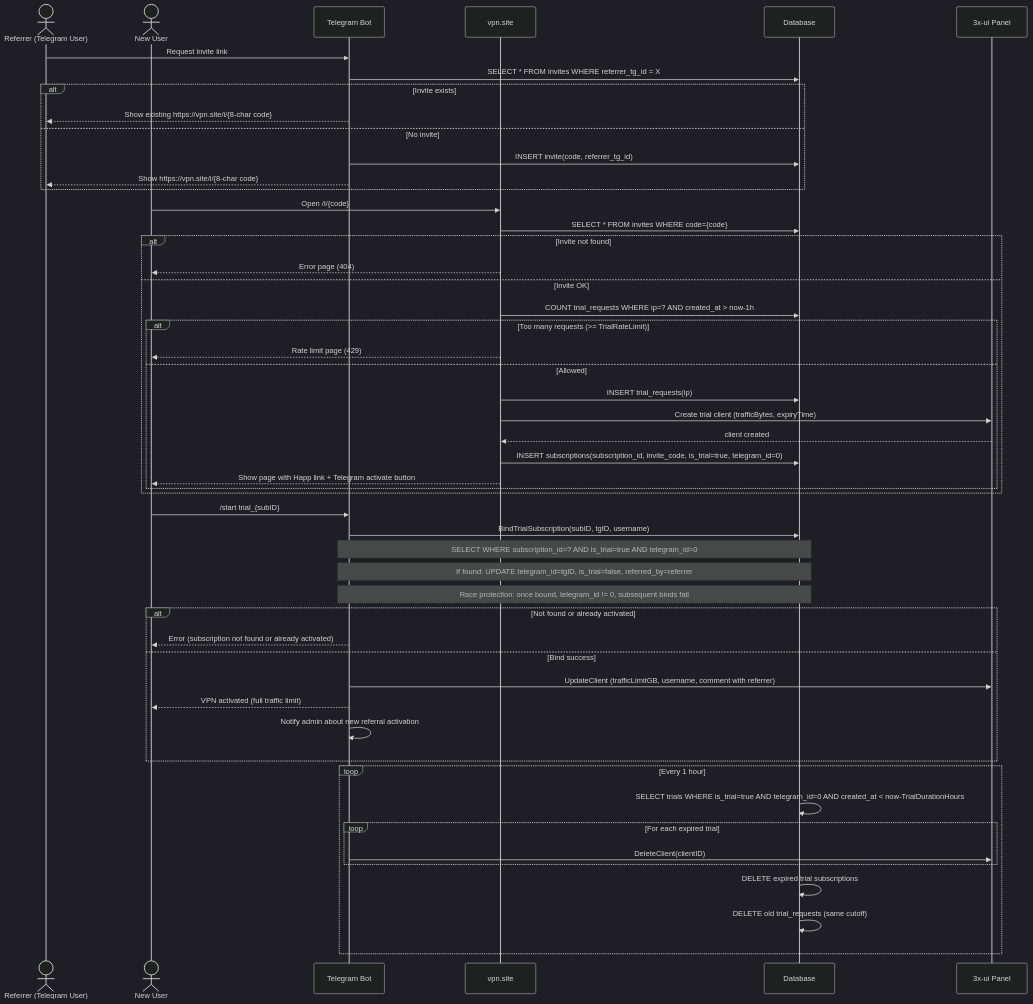
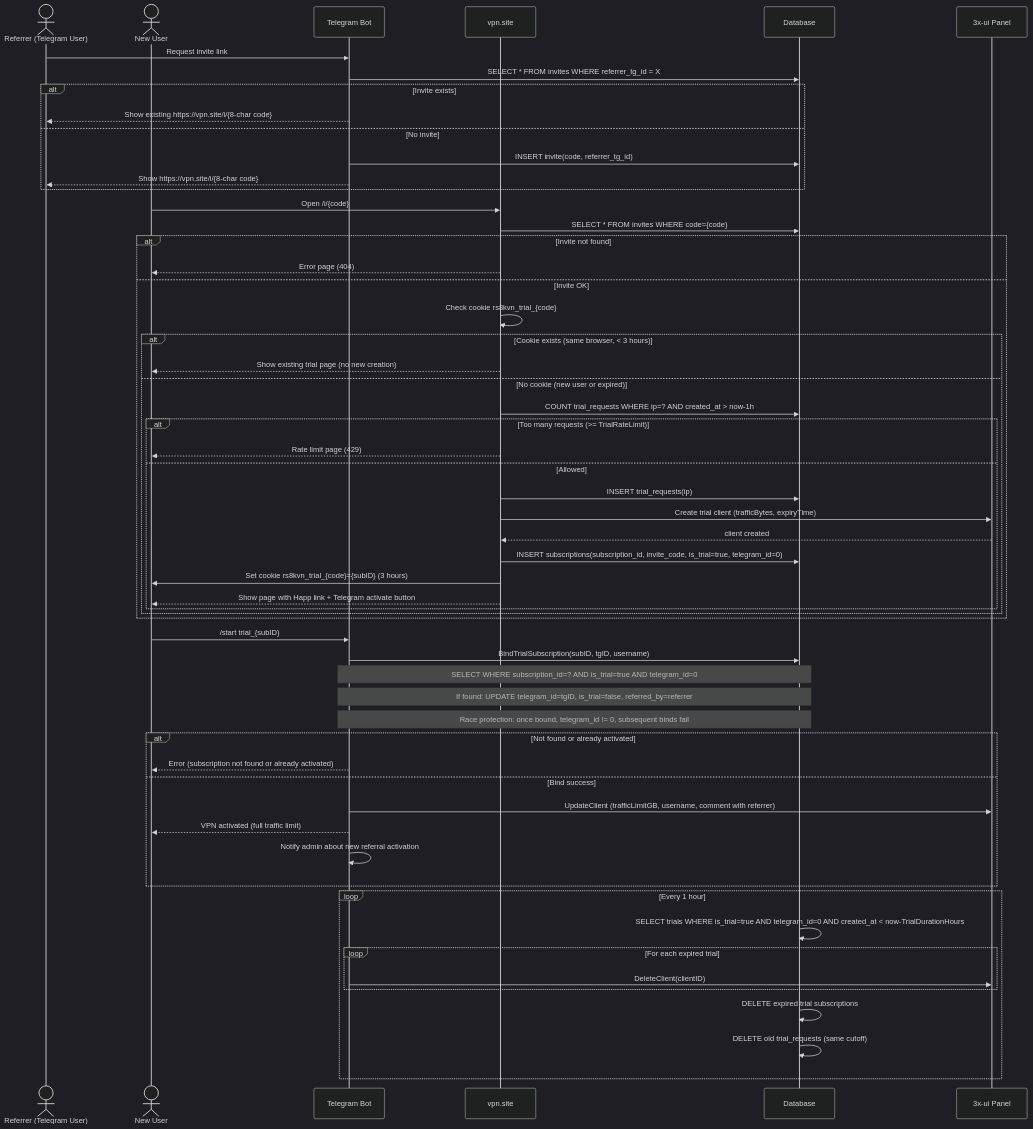
The first of 3 diagrams in doc/share-and-referral.md (kereal/rs8kvn_bot), drawn with Mermaid (dark theme) before and after one commit. The commit also changed other lines of this file and 2 other files, not shown here.

First line of the commit message:
docs: update share-and-referral.md with cookie-based duplication prevention

```diff
--- a/doc/share-and-referral.md
+++ b/doc/share-and-referral.md
@@ -36,20 +36,30 @@
     Web -->> User: Error page (404)
 else Invite OK
 
-    Web ->> DB: COUNT trial_requests WHERE ip=? AND created_at > now-1h
+    %% Check for existing trial via cookie (prevents duplication)
+    Web ->> Web: Check cookie rs8kvn_trial_{code}
+    
+    alt Cookie exists (same browser, < 3 hours)
+        Web -->> User: Show existing trial page (no new creation)
+    else No cookie (new user or expired)
+    
+        Web ->> DB: COUNT trial_requests WHERE ip=? AND created_at > now-1h
 
-    alt Too many requests (>= TrialRateLimit)
-        Web -->> User: Rate limit page (429)
-    else Allowed
+        alt Too many requests (>= TrialRateLimit)
+            Web -->> User: Rate limit page (429)
+        else Allowed
 
-        Web ->> DB: INSERT trial_requests(ip)
+            Web ->> DB: INSERT trial_requests(ip)
 
-        Web ->> Panel: Create trial client (trafficBytes, expiryTime)
-        Panel -->> Web: client created
+            Web ->> Panel: Create trial client (trafficBytes, expiryTime)
+            Panel -->> Web: client created
 
-        Web ->> DB: INSERT subscriptions(subscription_id, invite_code, is_trial=true, telegram_id=0)
+            Web ->> DB: INSERT subscriptions(subscription_id, invite_code, is_trial=true, telegram_id=0)
 
-        Web -->> User: Show page with Happ link + Telegram activate button
+            %% Set cookie to prevent duplication on refresh
+            Web ->> User: Set cookie rs8kvn_trial_{code}={subID} (3 hours)
+            Web -->> User: Show page with Happ link + Telegram activate button
+        end
     end
 end
 
```
